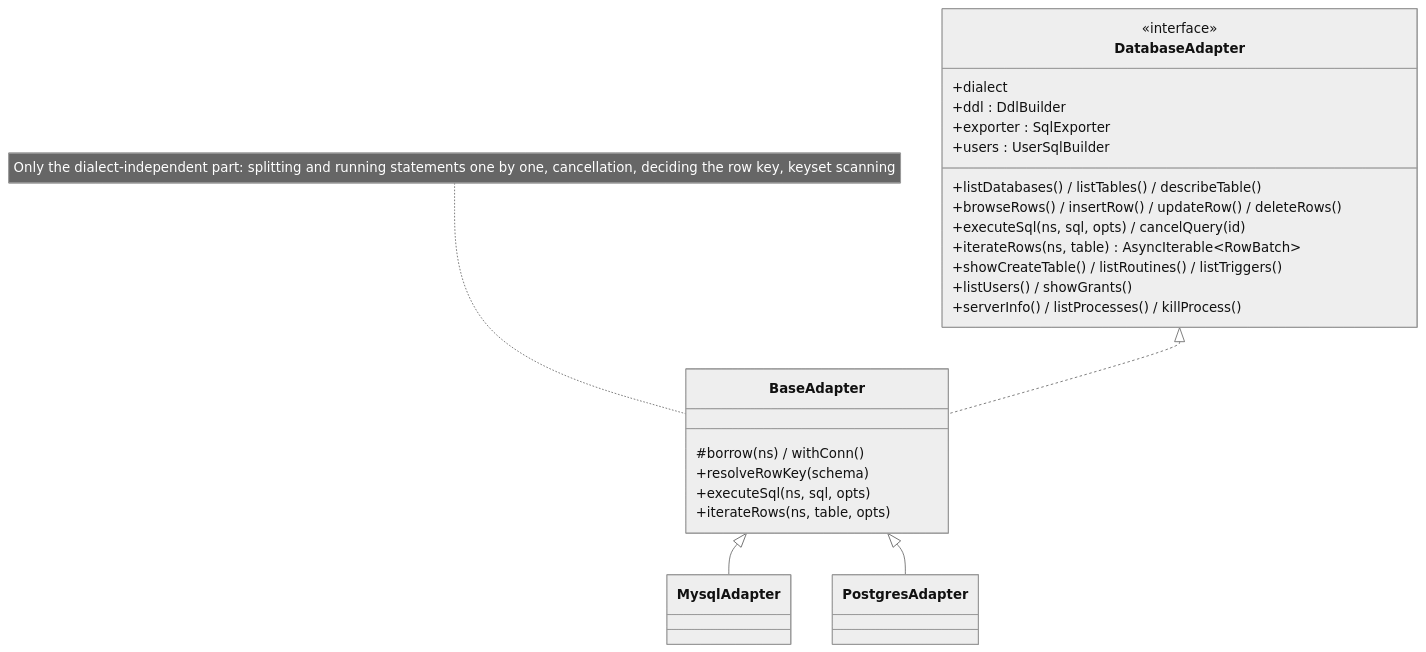
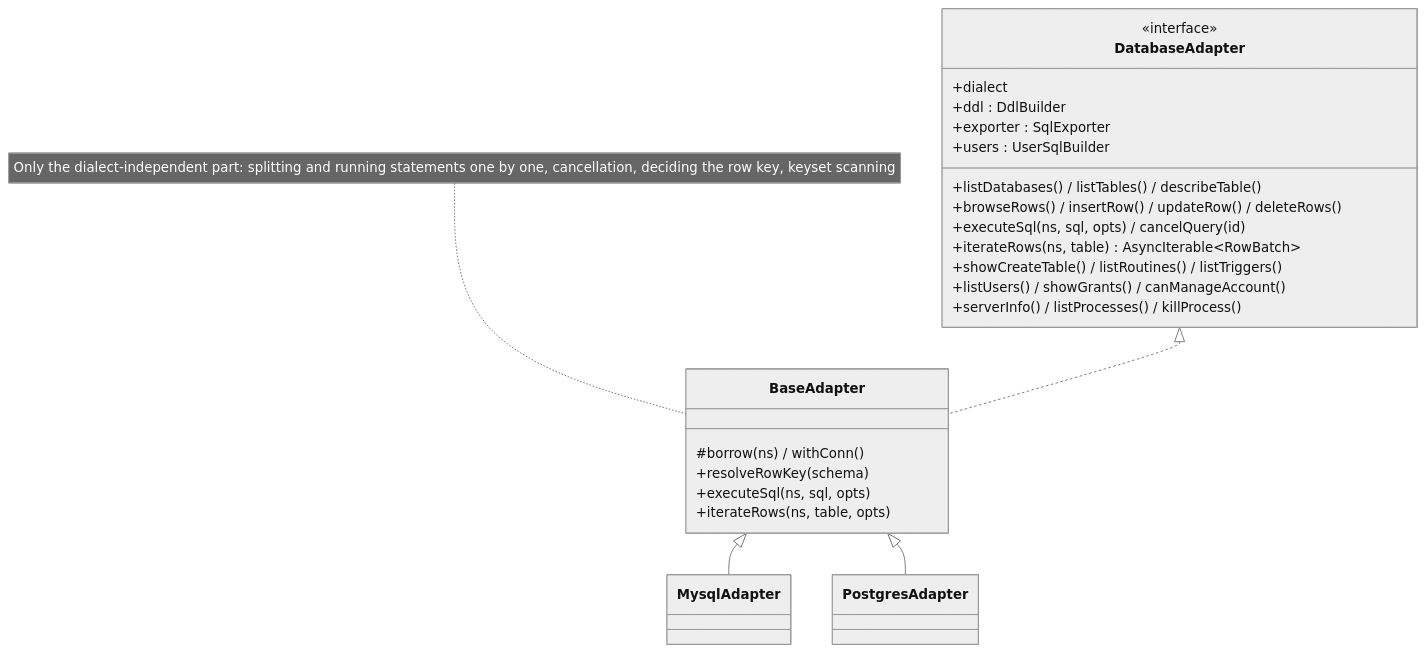
The third of 11 diagrams in docs/en/architecture.md (ip-san/tsmyadmin), drawn with Mermaid (neutral theme) before and after one commit. The commit also changed other lines of this file and 26 other files, not shown here.

````diff
--- a/docs/en/architecture.md
+++ b/docs/en/architecture.md
@@ -74,29 +74,29 @@
 ```mermaid
 classDiagram
   class DatabaseAdapter {
     <<interface>>
     +dialect
     +listDatabases() / listTables() / describeTable()
     +browseRows() / insertRow() / updateRow() / deleteRows()
     +executeSql(ns, sql, opts) / cancelQuery(id)
     +iterateRows(ns, table) AsyncIterable~RowBatch~
     +showCreateTable() / listRoutines() / listTriggers()
-    +listUsers() / showGrants()
+    +listUsers() / showGrants() / canManageAccount()
     +serverInfo() / listProcesses() / killProcess()
     +ddl : DdlBuilder
     +exporter : SqlExporter
     +users : UserSqlBuilder
   }
   class BaseAdapter {
     #borrow(ns) / withConn()
     +resolveRowKey(schema)
     +executeSql(ns, sql, opts)
     +iterateRows(ns, table, opts)
   }
   note for BaseAdapter "Only the dialect-independent part: splitting and running statements one by one, cancellation, deciding the row key, keyset scanning"
   class MysqlAdapter
   class PostgresAdapter
   DatabaseAdapter <|.. BaseAdapter
   BaseAdapter <|-- MysqlAdapter
   BaseAdapter <|-- PostgresAdapter
 ```
````
